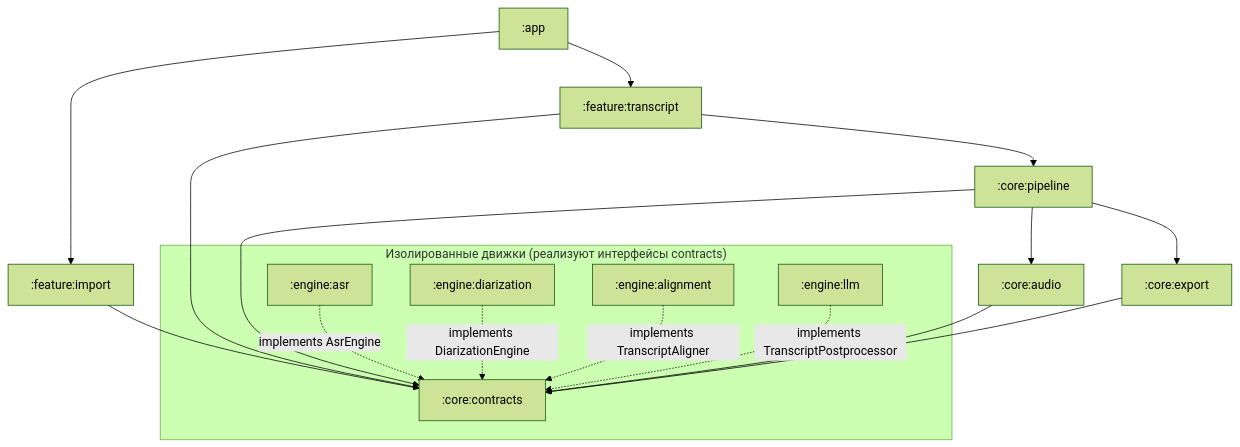
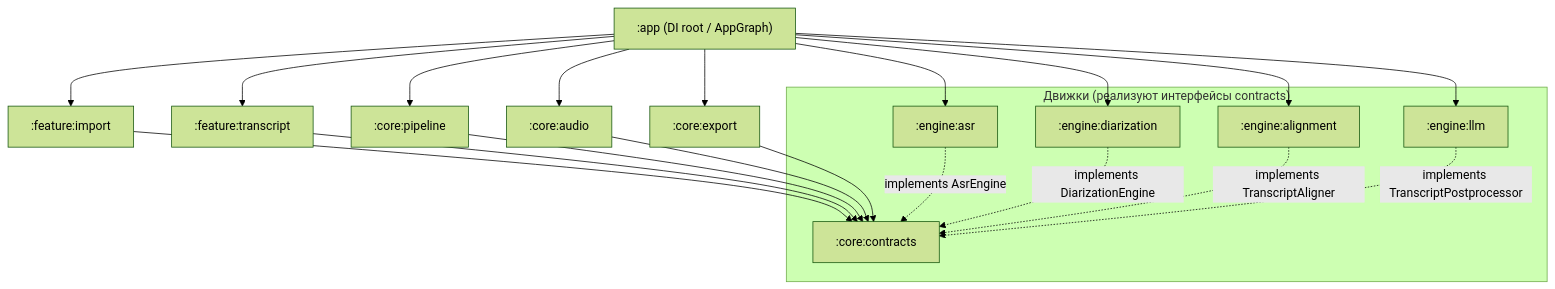
Before and after one commit to ikeepthatjuice/hackaton_mifi_sokolovklum: the third of 3 diagrams in docs/ARCHITECTURE.md, drawn with Mermaid (forest theme). The commit also changed other lines of this file, not shown here.

Commit message:
docs(ml): refine ARCHITECTURE.md with sequential pipeline, exact hashes, A51 RAM metrics and LLM budget

````diff
--- a/docs/ARCHITECTURE.md
+++ b/docs/ARCHITECTURE.md
@@ -95,23 +110,25 @@
 ```mermaid
 graph TD
-    App[":app"] --> FeatureImport[":feature:import"]
+    App[":app (DI root / AppGraph)"] --> FeatureImport[":feature:import"]
     App --> FeatureTranscript[":feature:transcript"]
+    App --> Pipeline[":core:pipeline"]
+    App --> EngineAsr[":engine:asr"]
+    App --> EngineDiar[":engine:diarization"]
+    App --> EngineAlign[":engine:alignment"]
+    App --> EngineLlm[":engine:llm"]
+    App --> CoreAudio[":core:audio"]
+    App --> CoreExport[":core:export"]
     
     FeatureImport --> Contracts[":core:contracts"]
-    FeatureTranscript --> Pipeline[":core:pipeline"]
     FeatureTranscript --> Contracts
+    Pipeline --> Contracts
+    CoreAudio --> Contracts
+    CoreExport --> Contracts
     
-    Pipeline --> Audio[":core:audio"]
-    Pipeline --> Export[":core:export"]
-    Pipeline --> Contracts
-    
-    subgraph IsolatedEngines ["Изолированные движки (реализуют интерфейсы contracts)"]
-        EngineAsr[":engine:asr"] -.->|implements AsrEngine| Contracts
-        EngineDiar[":engine:diarization"] -.->|implements DiarizationEngine| Contracts
-        EngineAlign[":engine:alignment"] -.->|implements TranscriptAligner| Contracts
-        EngineLlm[":engine:llm"] -.->|implements TranscriptPostprocessor| Contracts
+    subgraph Engines ["Движки (реализуют интерфейсы contracts)"]
+        EngineAsr -.->|implements AsrEngine| Contracts
+        EngineDiar -.->|implements DiarizationEngine| Contracts
+        EngineAlign -.->|implements TranscriptAligner| Contracts
+        EngineLlm -.->|implements TranscriptPostprocessor| Contracts
     end
-    
-    Audio --> Contracts
-    Export --> Contracts
 ```
````
